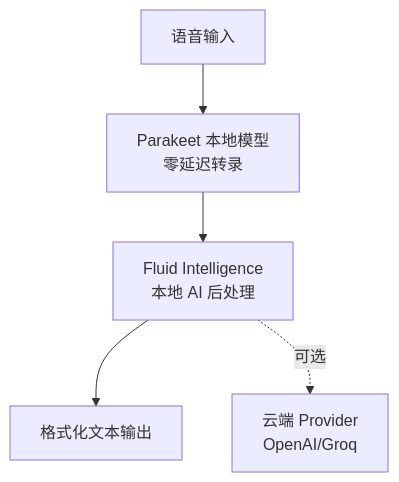
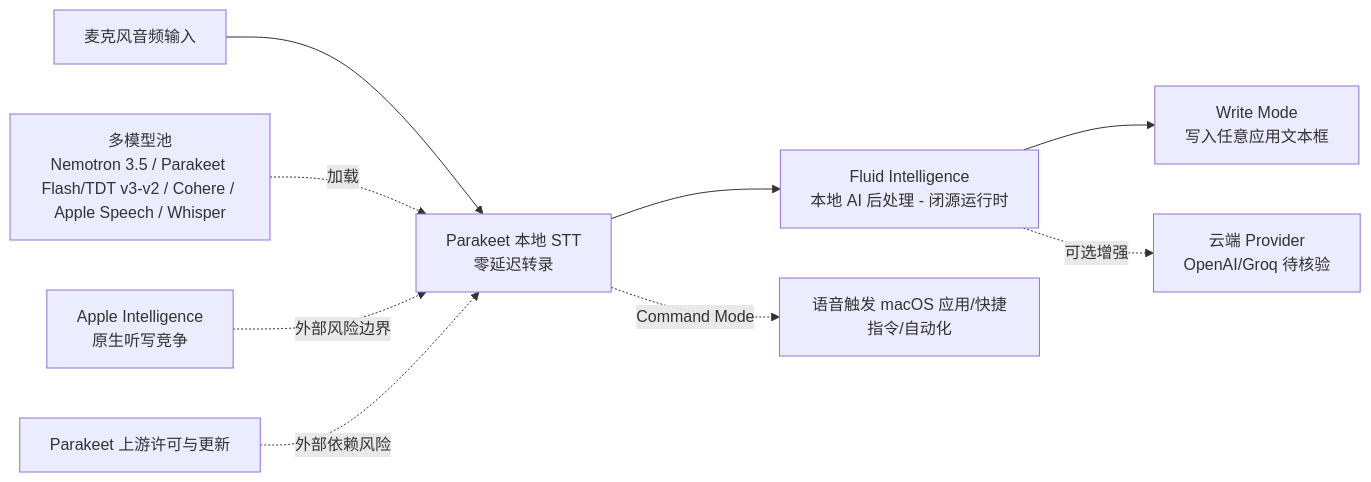
Before and after one commit to aiutil/github-researcher: the diagram in projects/fluidvoice.md, drawn with Mermaid. The commit also changed other lines of this file and 939 other files, not shown here.

Commit message:
feat: add architect briefs and Mermaid project maps

````diff
--- a/projects/fluidvoice.md
+++ b/projects/fluidvoice.md
@@ -40,7 +53,11 @@
 ```mermaid
-flowchart TB
-    V[语音输入] --> P[Parakeet 本地模型<br/>零延迟转录]
-    P --> FI[Fluid Intelligence<br/>本地 AI 后处理]
-    FI --> O[格式化文本输出]
-    FI -.->|可选| C[云端 Provider<br/>OpenAI/Groq]
+flowchart LR
+  Mic[麦克风音频输入] --> STT[Parakeet 本地 STT<br/>零延迟转录]
+  STT --> FI[Fluid Intelligence<br/>本地 AI 后处理 - 闭源运行时]
+  FI --> Out[Write Mode<br/>写入任意应用文本框]
+  STT -. Command Mode .-> Cmd[语音触发 macOS 应用/快捷指令/自动化]
+  FI -. 可选增强 .-> Cloud[云端 Provider<br/>OpenAI/Groq 待核验]
+  Models[多模型池<br/>Nemotron 3.5 / Parakeet Flash/TDT v3-v2 / Cohere / Apple Speech / Whisper] -. 加载 .-> STT
+  Apple[Apple Intelligence<br/>原生听写竞争] -. 外部风险边界 .-> STT
+  License[Parakeet 上游许可与更新] -. 外部依赖风险 .-> STT
 ```
````
